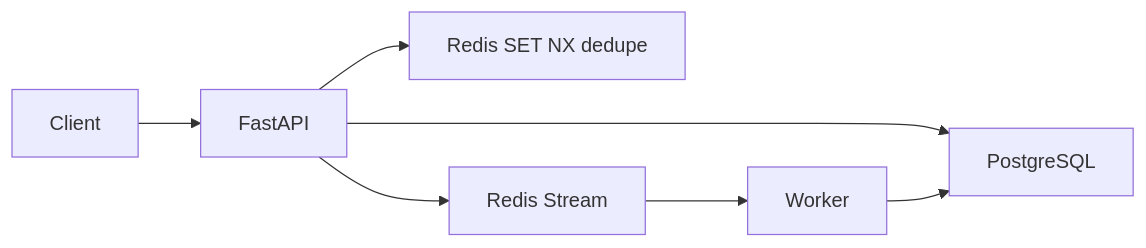
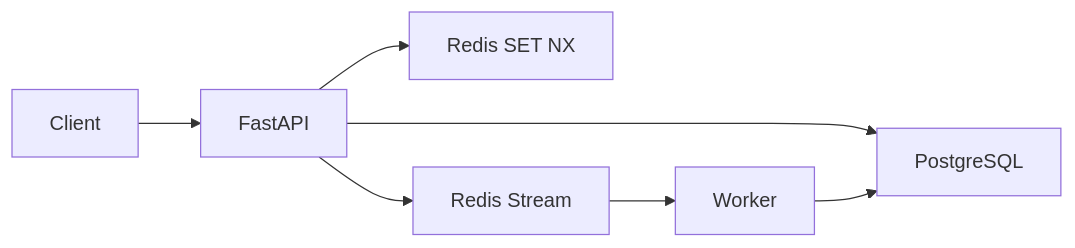
One commit to ARasugit20/eventLedger changed the diagram in README.md. Above: the diagram before and after it, drawn with Mermaid. The commit also changed other lines of this file, not shown here.

````diff
--- a/README.md
+++ b/README.md
@@ -60,9 +80,9 @@
 ```mermaid
 flowchart LR
     Client --> FastAPI
-    FastAPI --> RedisDedupe["Redis SET NX dedupe"]
+    FastAPI --> RedisDedupe["Redis SET NX"]
     FastAPI --> PostgreSQL
     FastAPI --> RedisStream["Redis Stream"]
     RedisStream --> Worker
     Worker --> PostgreSQL
 ```
````
